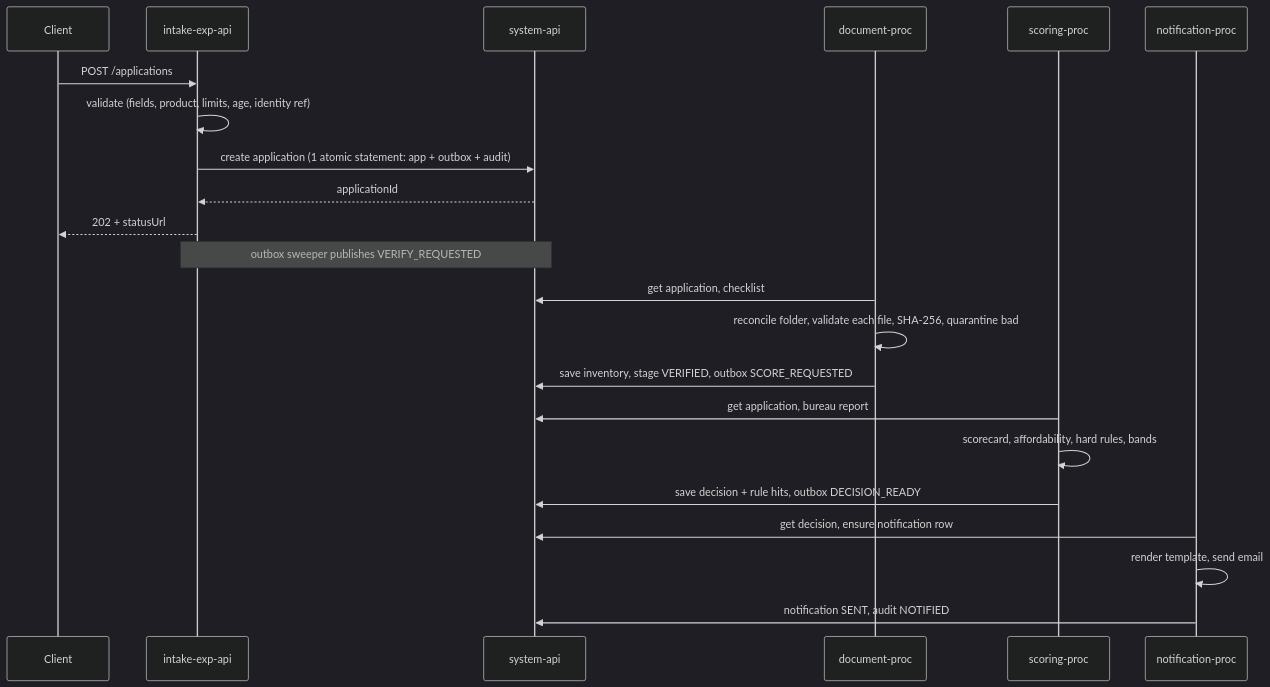
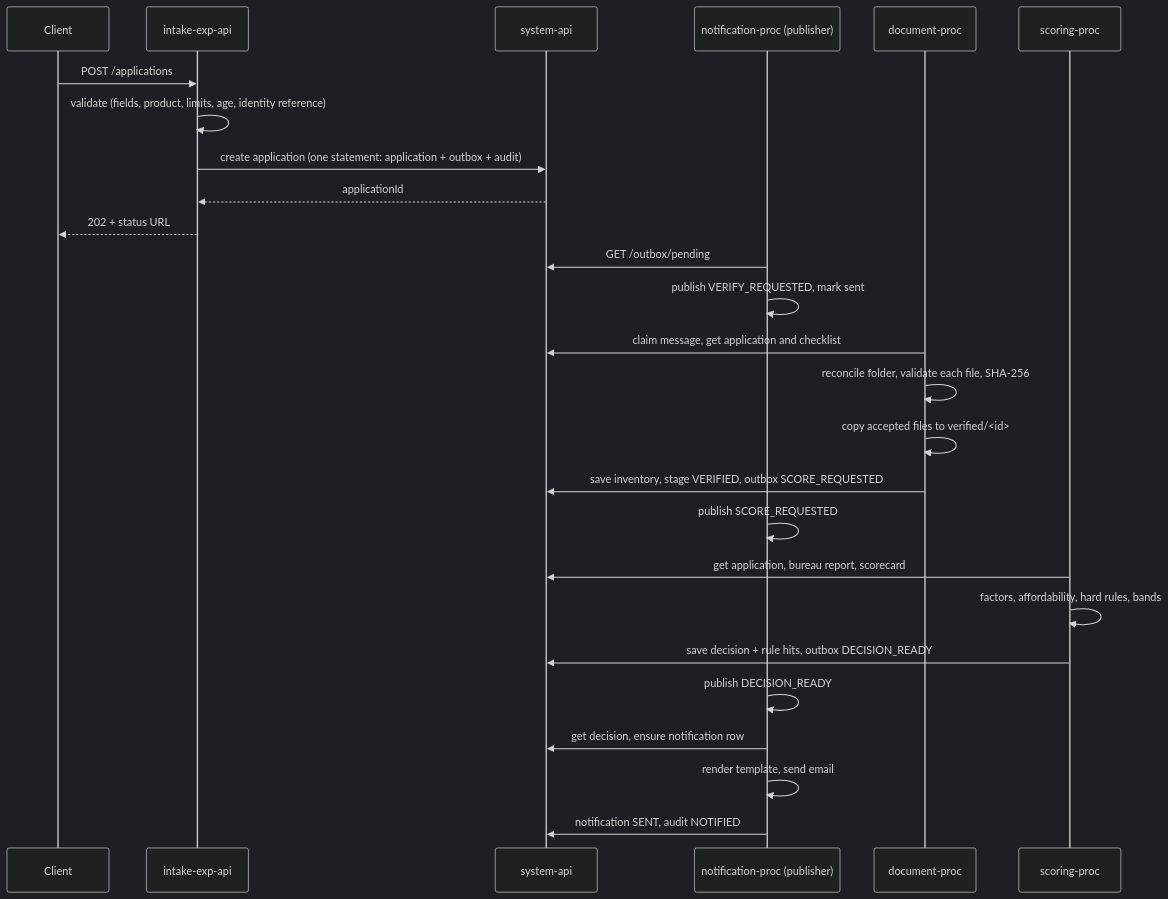
The third of 8 diagrams in docs/HLD.md (Aritraghoshdastidar/Use_Case_22_Banking_Loan_Application_Processing), drawn with Mermaid (dark theme) before and after one commit. The commit also changed other lines of this file and 13 other files, not shown here.

````diff
--- a/docs/HLD.md
+++ b/docs/HLD.md
@@ -100,24 +108,28 @@
 ```mermaid
 sequenceDiagram
     participant C as Client
     participant X as intake-exp-api
     participant S as system-api
+    participant N as notification-proc (publisher)
     participant D as document-proc
     participant R as scoring-proc
-    participant N as notification-proc
     C->>X: POST /applications
-    X->>X: validate (fields, product, limits, age, identity ref)
-    X->>S: create application (1 atomic statement: app + outbox + audit)
+    X->>X: validate (fields, product, limits, age, identity reference)
+    X->>S: create application (one statement: application + outbox + audit)
     S-->>X: applicationId
-    X-->>C: 202 + statusUrl
-    Note over X,S: outbox sweeper publishes VERIFY_REQUESTED
-    D->>S: get application, checklist
-    D->>D: reconcile folder, validate each file, SHA-256, quarantine bad
+    X-->>C: 202 + status URL
+    N->>S: GET /outbox/pending
+    N->>N: publish VERIFY_REQUESTED, mark sent
+    D->>S: claim message, get application and checklist
+    D->>D: reconcile folder, validate each file, SHA-256
+    D->>D: copy accepted files to verified/<id>
     D->>S: save inventory, stage VERIFIED, outbox SCORE_REQUESTED
-    R->>S: get application, bureau report
-    R->>R: scorecard, affordability, hard rules, bands
+    N->>N: publish SCORE_REQUESTED
+    R->>S: get application, bureau report, scorecard
+    R->>R: factors, affordability, hard rules, bands
     R->>S: save decision + rule hits, outbox DECISION_READY
+    N->>N: publish DECISION_READY
     N->>S: get decision, ensure notification row
     N->>N: render template, send email
     N->>S: notification SENT, audit NOTIFIED
 ```
````
